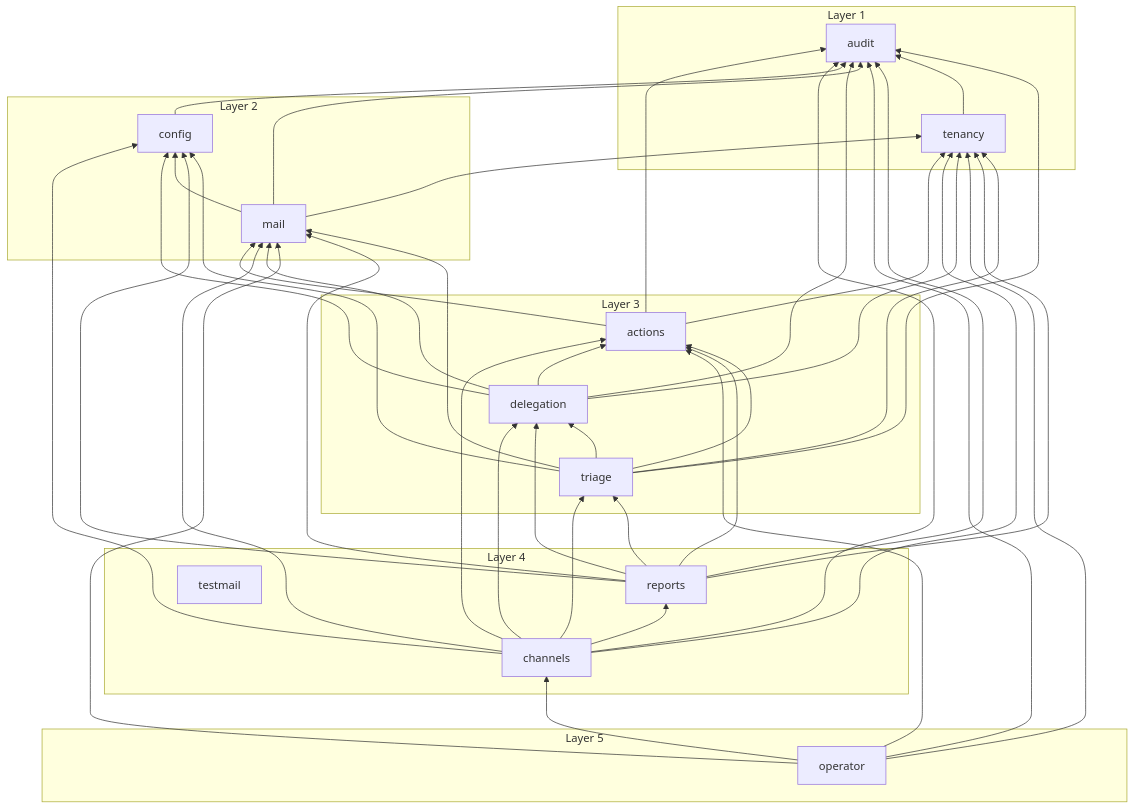
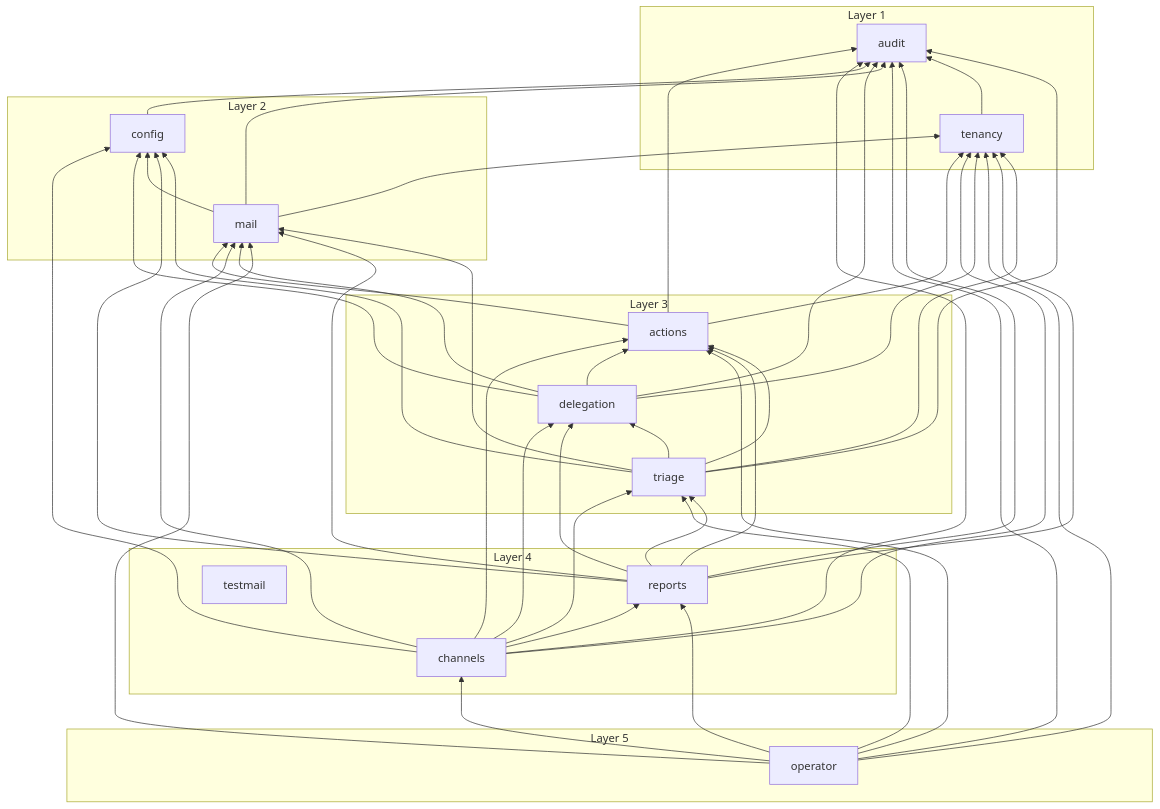
Before and after one commit to Artexs/email_assistant: the diagram in docs/diagrams/module-graph.md, drawn with Mermaid. The commit also changed 16 other files, not shown here.

````diff
--- a/docs/diagrams/module-graph.md
+++ b/docs/diagrams/module-graph.md
@@ -7,63 +7,65 @@
 ```mermaid
 flowchart BT
   subgraph group1["Layer 1"]
     audit
     tenancy
   end
   subgraph group2["Layer 2"]
     config
     mail
   end
   subgraph group3["Layer 3"]
     triage
     actions
     delegation
   end
   subgraph group4["Layer 4"]
     reports
     channels
     testmail
   end
   subgraph group5["Layer 5"]
     operator
   end
   actions --> audit
   actions --> mail
   actions --> tenancy
   channels --> actions
   channels --> audit
   channels --> config
   channels --> delegation
   channels --> mail
   channels --> reports
   channels --> tenancy
   channels --> triage
   config --> audit
   delegation --> actions
   delegation --> audit
   delegation --> config
   delegation --> mail
   delegation --> tenancy
   mail --> audit
   mail --> config
   mail --> tenancy
   operator --> actions
   operator --> audit
   operator --> channels
   operator --> mail
+  operator --> reports
   operator --> tenancy
+  operator --> triage
   reports --> actions
   reports --> audit
   reports --> config
   reports --> delegation
   reports --> mail
   reports --> tenancy
   reports --> triage
   tenancy --> audit
   triage --> actions
   triage --> audit
   triage --> config
   triage --> delegation
   triage --> mail
   triage --> tenancy
 ```
````
